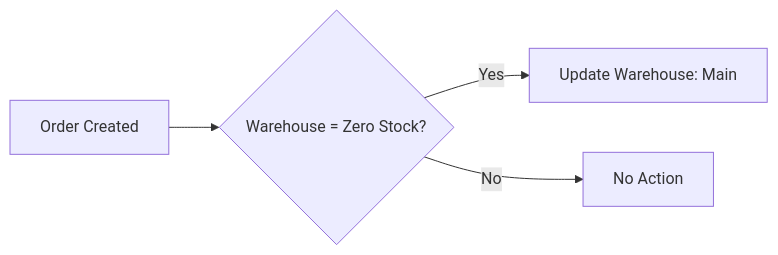
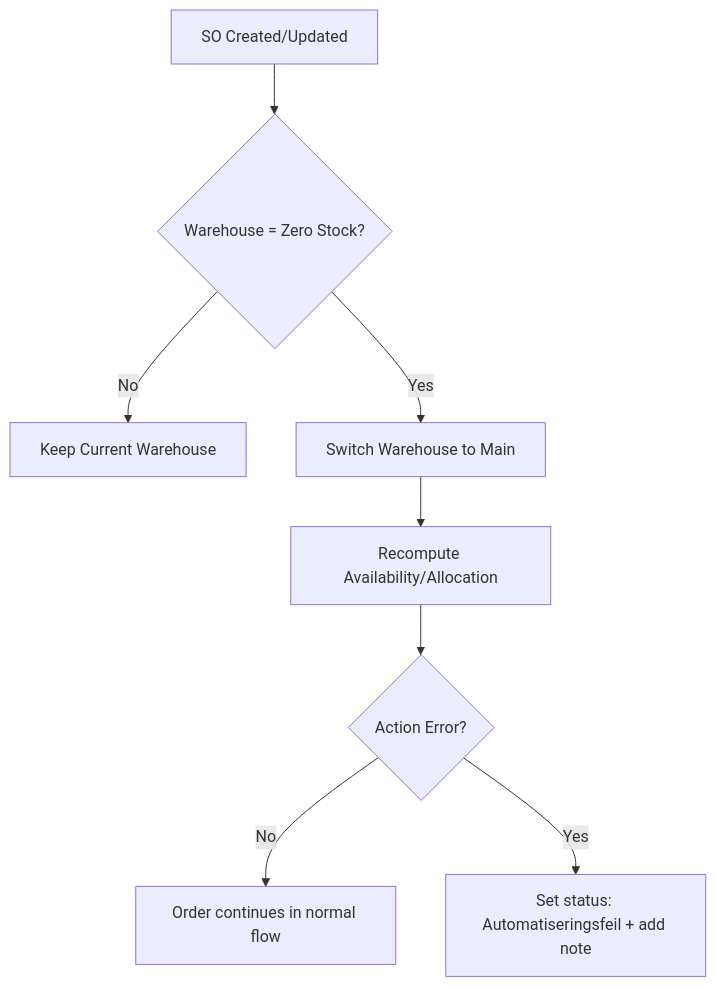
One commit to ozan-droid/documents changed the first of 15 diagrams in bp-automations.md. Above: the diagram before and after it, drawn with Mermaid. The commit also changed other lines of this file, not shown here.

````diff
--- a/bp-automations.md
+++ b/bp-automations.md
@@ -16,6 +16,10 @@
 ```mermaid
-graph LR
-    A["Order Created"] --> B{"Warehouse = Zero Stock?"}
-    B -- Yes --> C["Update Warehouse: Main"]
-    B -- No --> D["No Action"]
+graph TD
+    A["SO Created/Updated"] --> B{"Warehouse = Zero Stock?"}
+    B -- No --> Z["Keep Current Warehouse"]
+    B -- Yes --> C["Switch Warehouse to Main"]
+    C --> D["Recompute Availability/Allocation"]
+    D --> E{"Action Error?"}
+    E -- No --> F["Order continues in normal flow"]
+    E -- Yes --> G["Set status: Automatiseringsfeil + add note"]
 ```
````
